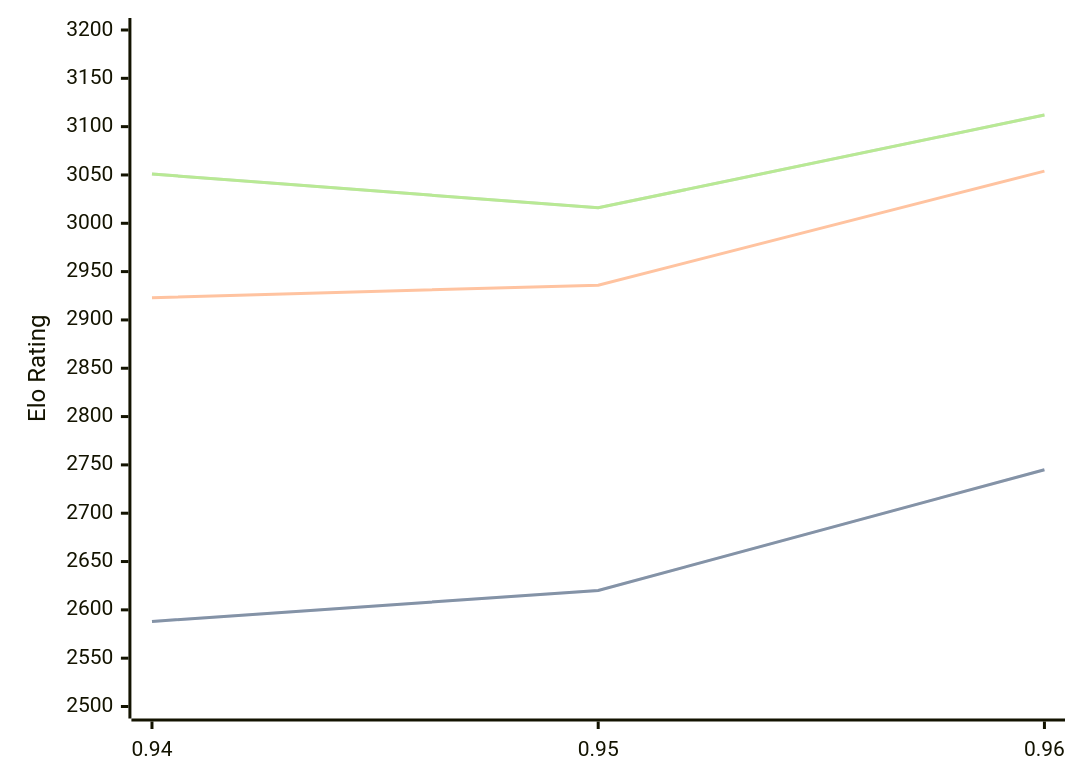
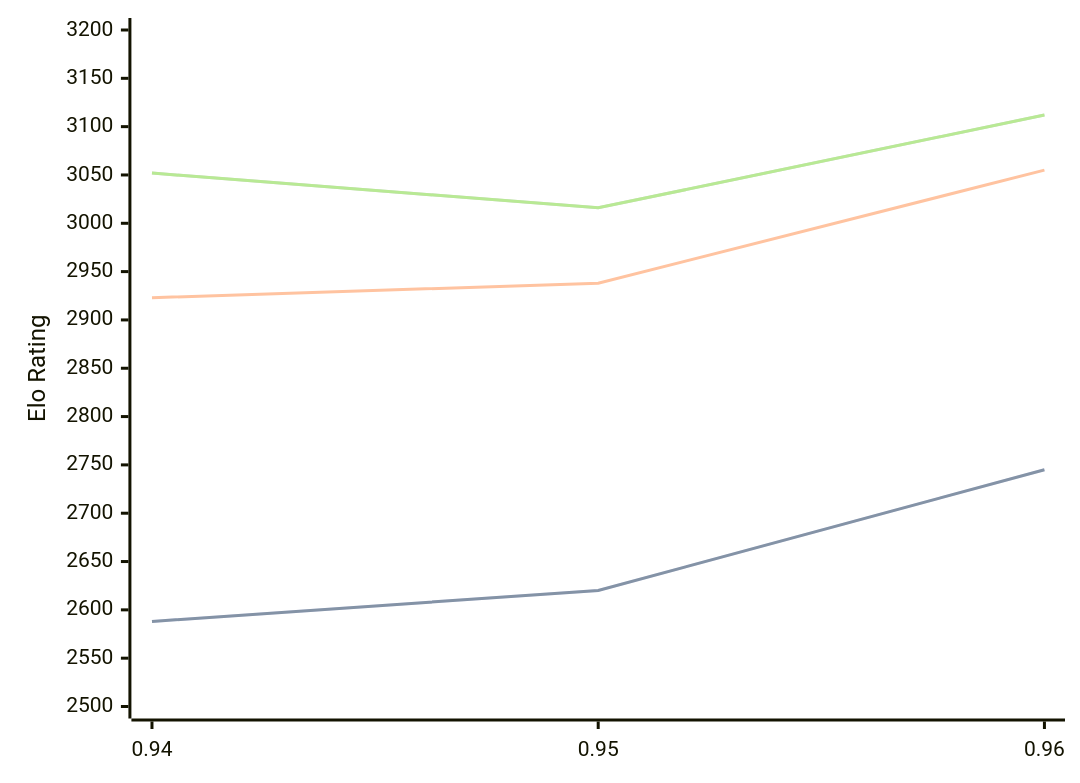
One commit to computer-chess-index/cci changed the diagram in engines/Myrddin.md. Above: the diagram before and after it, drawn with Mermaid. The commit also changed other lines of this file, not shown here.

Commit message:
Update CCI Ratings (ELO VLTC) - 2026-08-20

````diff
--- a/engines/Myrddin.md
+++ b/engines/Myrddin.md
@@ -33,11 +33,11 @@
 ```mermaid
 %%{init: {"theme":"base","themeVariables":{"seriesColors:['#a3a3a3','#222221','#faa371']}}}%%
 xychart-beta
   x-axis ["0.94", "0.95", "0.96"]
   y-axis "Elo Rating" 2500 --> 3200
   line "STC (8.0+0.08s)" [2588, 2620, 2745]
   line "STC (8.0+0.08s)" [2588, 2620, 2745]
-  line "LTC (60.0+0.60s)" [2923, 2936, 3054]
-  line "VLTC (2m24s+1.12s)" [3051, 3016, 3112]
-  line "VLTC (2m24s+1.12s)" [3051, 3016, 3112]
+  line "LTC (60.0+0.60s)" [2923, 2938, 3055]
+  line "VLTC (2m24s+1.12s)" [3052, 3016, 3112]
+  line "VLTC (2m24s+1.12s)" [3052, 3016, 3112]
 ```
````
